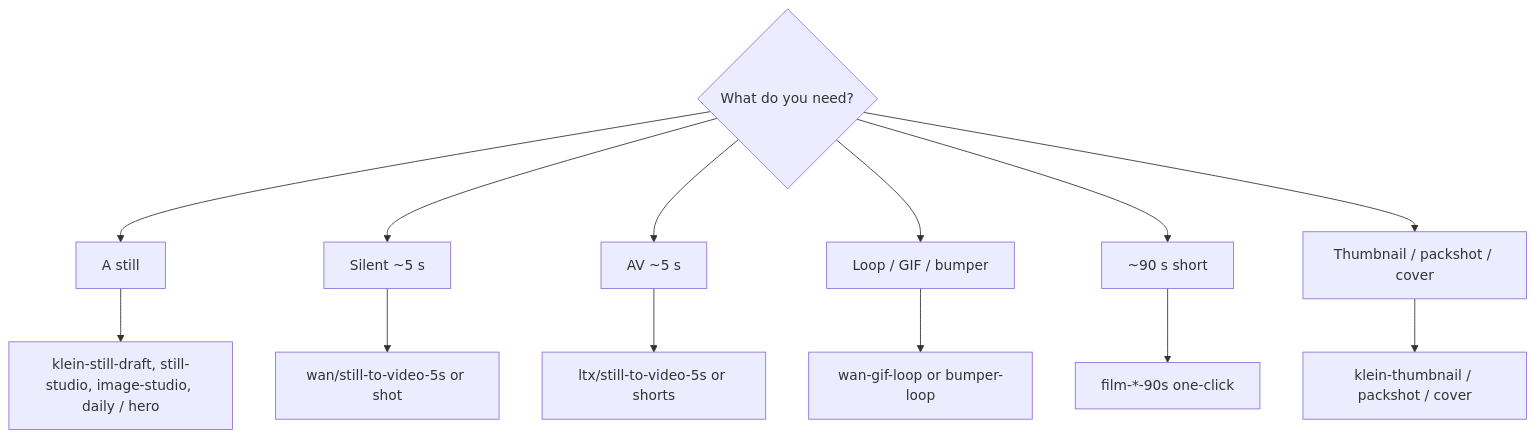
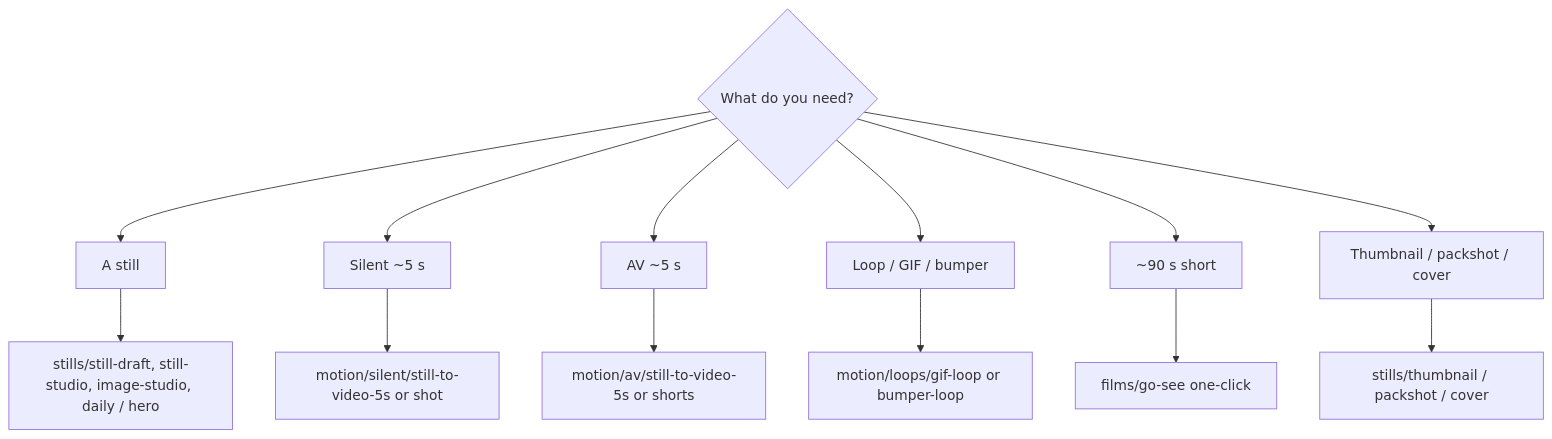
Before and after one commit to toxicoder/ez-comfy-stack: the diagram in docs/studio-workflows.md, drawn with Mermaid. The commit also changed other lines of this file and 1169 other files, not shown here.

````diff
--- a/docs/studio-workflows.md
+++ b/docs/studio-workflows.md
@@ -46,15 +52,15 @@
 ```mermaid
 flowchart TB
   Need{"What do you need?"} --> Still["A still"]
   Need --> Motion["Silent ~5 s"]
   Need --> AV["AV ~5 s"]
   Need --> Loop["Loop / GIF / bumper"]
   Need --> Film["~90 s short"]
   Need --> Plate["Thumbnail / packshot / cover"]
-  Still --> K["klein-still-draft, still-studio, image-studio, daily / hero"]
-  Motion --> W["wan/still-to-video-5s or shot"]
-  AV --> L["ltx/still-to-video-5s or shorts"]
-  Loop --> G["wan-gif-loop or bumper-loop"]
-  Film --> F["film-*-90s one-click"]
-  Plate --> C["klein-thumbnail / packshot / cover"]
+  Still --> K["stills/still-draft, still-studio, image-studio, daily / hero"]
+  Motion --> W["motion/silent/still-to-video-5s or shot"]
+  AV --> L["motion/av/still-to-video-5s or shorts"]
+  Loop --> G["motion/loops/gif-loop or bumper-loop"]
+  Film --> F["films/go-see one-click"]
+  Plate --> C["stills/thumbnail / packshot / cover"]
 ```
````
